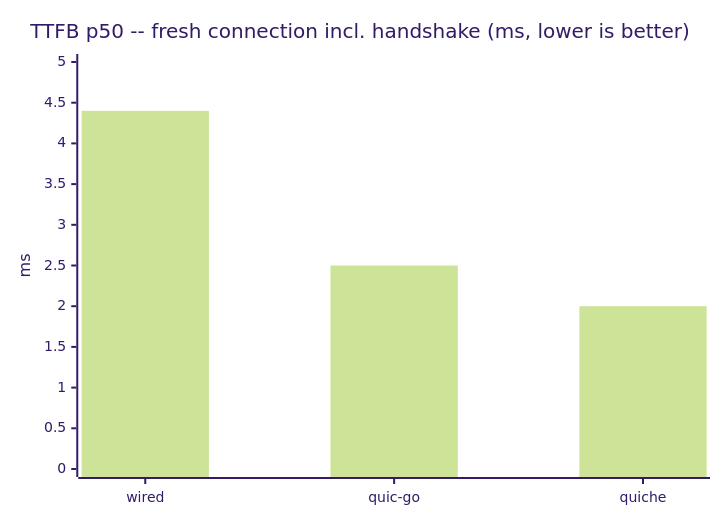
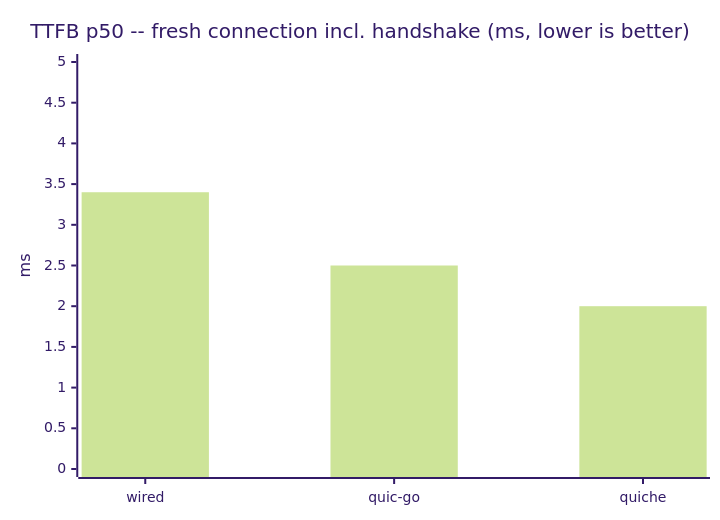
Before and after one commit to Hakkadaikon/wired: the third of 4 diagrams in docs/comparison.md, drawn with Mermaid (forest theme). The commit also changed other lines of this file, not shown here.

````diff
--- a/docs/comparison.md
+++ b/docs/comparison.md
@@ -135,7 +143,7 @@
 ```mermaid
 xychart-beta
     title "TTFB p50 -- fresh connection incl. handshake (ms, lower is better)"
     x-axis ["wired", "quic-go", "quiche"]
     y-axis "ms" 0 --> 5
-    bar [4.4, 2.5, 2.0]
+    bar [3.4, 2.5, 2.0]
 ```
````
